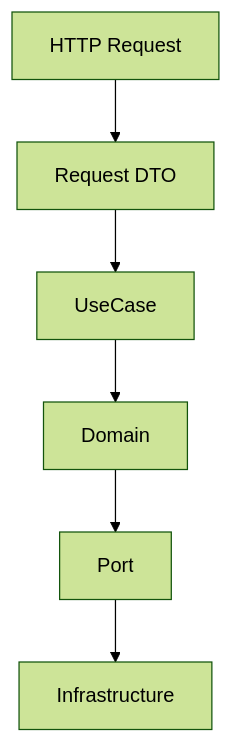
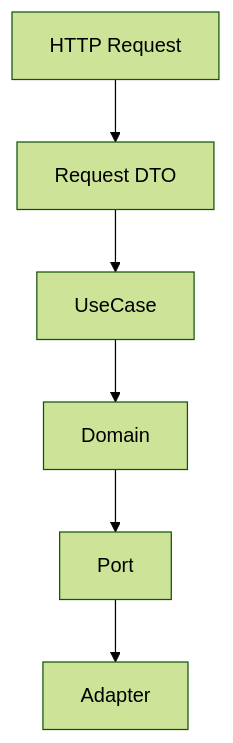
One commit to 1ChristianAlex/motordesk changed the diagram in .github/instructions/api.instructions.md. Above: the diagram before and after it, drawn with Mermaid (forest theme). The commit also changed 13 other files, not shown here.

````diff
--- a/.github/instructions/api.instructions.md
+++ b/.github/instructions/api.instructions.md
@@ -11,4 +11,4 @@
 ```mermaid
 flowchart TB
-    HTTPRequest[HTTP Request] --> RequestDTO[Request DTO] --> UseCase --> Domain --> Port --> Infrastructure
+    HTTPRequest[HTTP Request] --> RequestDTO[Request DTO] --> UseCase --> Domain --> Port --> Adapter
 ```
````
